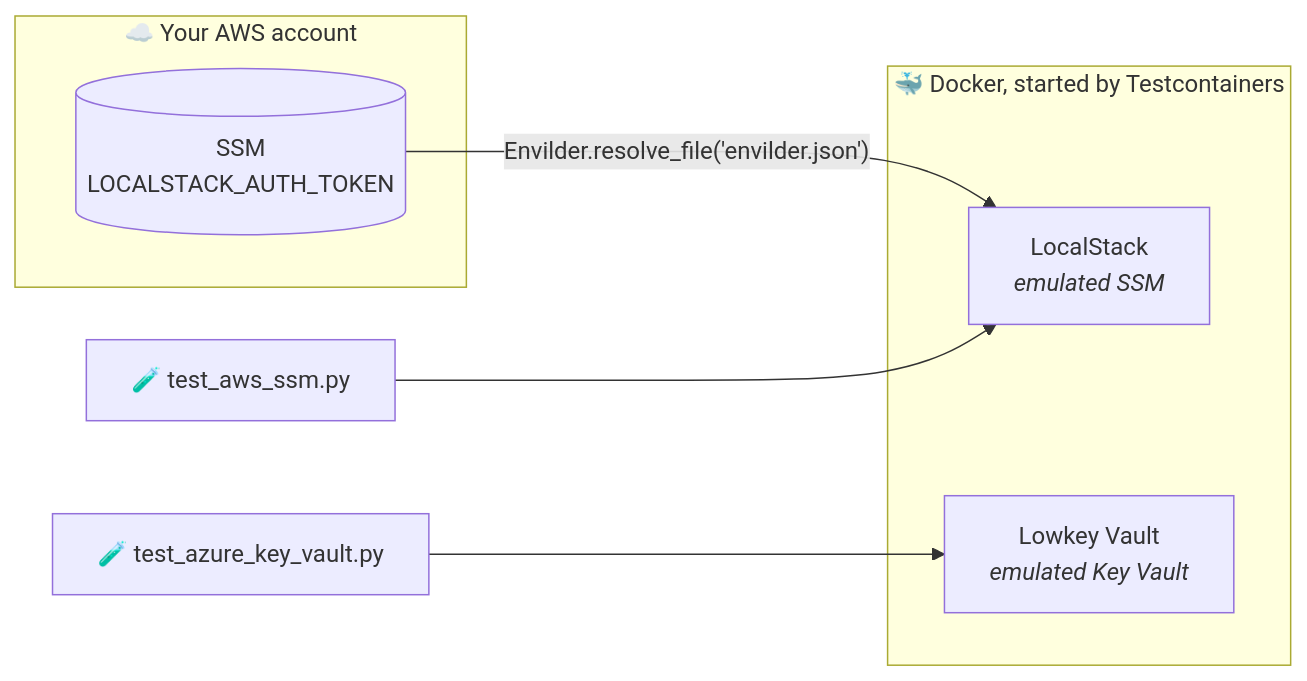
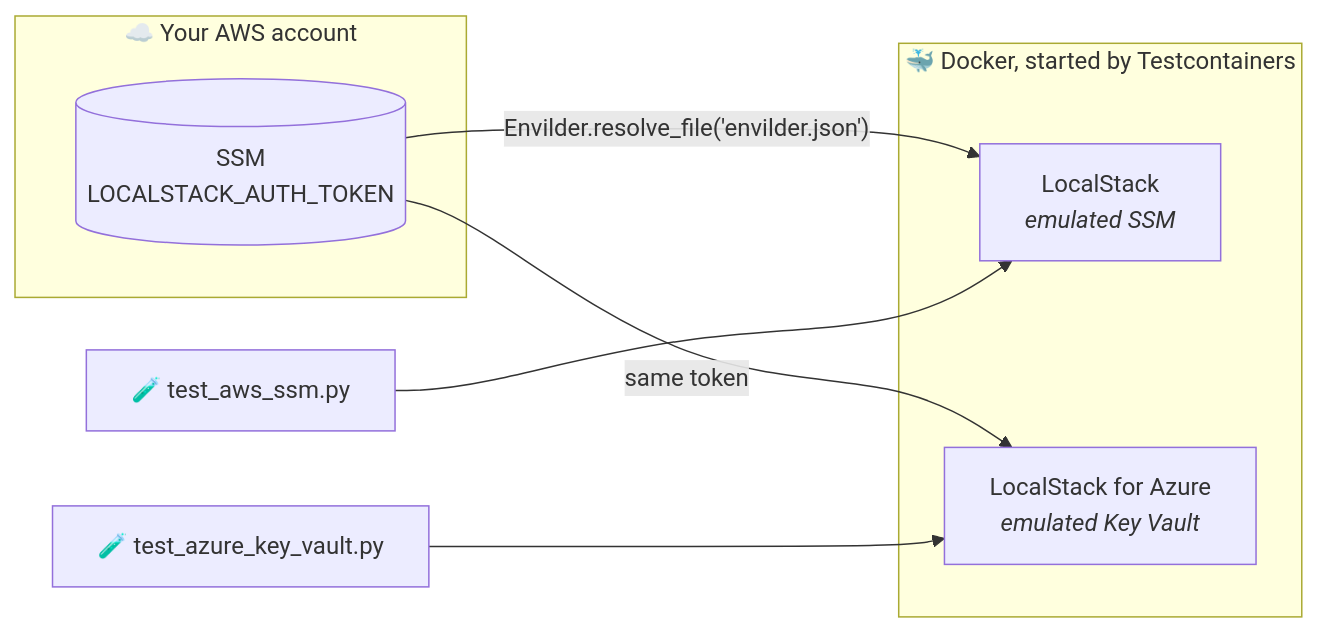
One commit to macalbert/envilder-examples changed the diagram in python-testcontainers/README.md. Above: the diagram before and after it, drawn with Mermaid. The commit also changed other lines of this file and 22 other files, not shown here.

Commit message:
test: replace Lowkey Vault with LocalStack for Azure in every example

````diff
--- a/python-testcontainers/README.md
+++ b/python-testcontainers/README.md
@@ -13,15 +13,16 @@
 ```mermaid
 flowchart LR
     subgraph cloud["☁️ Your AWS account"]
         token[("SSM<br/>LOCALSTACK_AUTH_TOKEN")]
     end
 
     subgraph docker["🐳 Docker, started by Testcontainers"]
         localstack["LocalStack<br/><i>emulated SSM</i>"]
-        lowkey["Lowkey Vault<br/><i>emulated Key Vault</i>"]
+        azurelocal["LocalStack for Azure<br/><i>emulated Key Vault</i>"]
     end
 
     token -- "Envilder.resolve_file('envilder.json')" --> localstack
+    token -- "same token" --> azurelocal
     aws["🧪 test_aws_ssm.py"] --> localstack
-    azure["🧪 test_azure_key_vault.py"] --> lowkey
+    azure["🧪 test_azure_key_vault.py"] --> azurelocal
 ```
````
